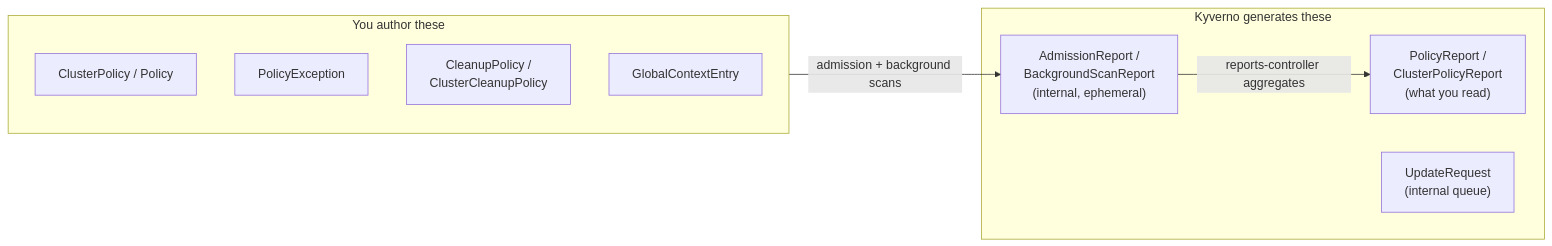
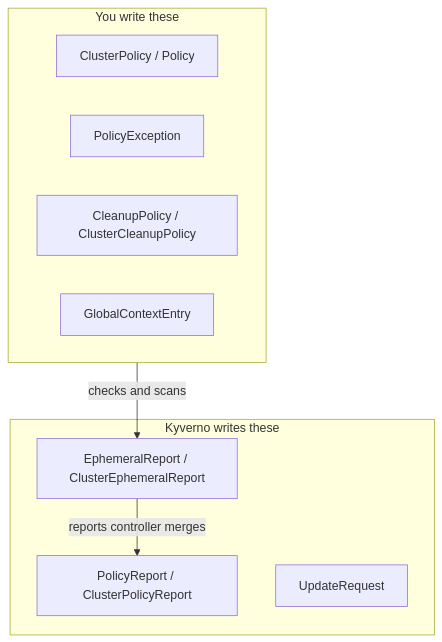
The diagram in sections/section-020/module-01/course.md (astrona-io/ATS008), drawn with Mermaid before and after one commit. The commit also changed other lines of this file and 258 other files, not shown here.

````diff
--- a/sections/section-020/module-01/course.md
+++ b/sections/section-020/module-01/course.md
@@ -7,16 +7,16 @@
 ```mermaid
-flowchart LR
-    subgraph Authoring["You author these"]
+flowchart TB
+    subgraph Authoring["You write these"]
         CP["ClusterPolicy / Policy"]
         PE["PolicyException"]
-        CU["CleanupPolicy /\nClusterCleanupPolicy"]
+        CU["CleanupPolicy / ClusterCleanupPolicy"]
         GC["GlobalContextEntry"]
     end
-    subgraph Reporting["Kyverno generates these"]
-        AR["AdmissionReport /\nBackgroundScanReport\n(internal, ephemeral)"]
-        PR["PolicyReport /\nClusterPolicyReport\n(what you read)"]
-        UR["UpdateRequest\n(internal queue)"]
+    subgraph Generated["Kyverno writes these"]
+        ER["EphemeralReport / ClusterEphemeralReport"]
+        PR["PolicyReport / ClusterPolicyReport"]
+        UR["UpdateRequest"]
     end
-    Authoring -->|"admission + background scans"| AR
-    AR -->|"reports-controller aggregates"| PR
+    Authoring -->|"checks and scans"| ER
+    ER -->|"reports controller merges"| PR
 ```
````
